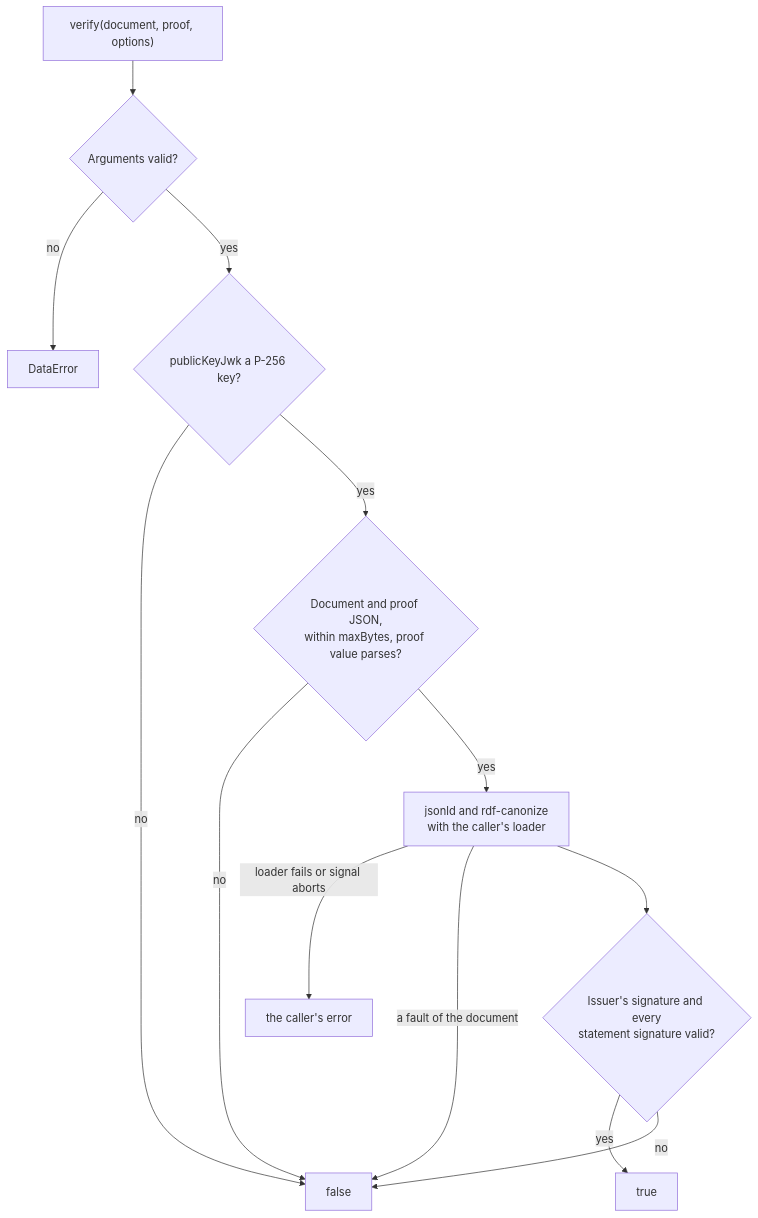
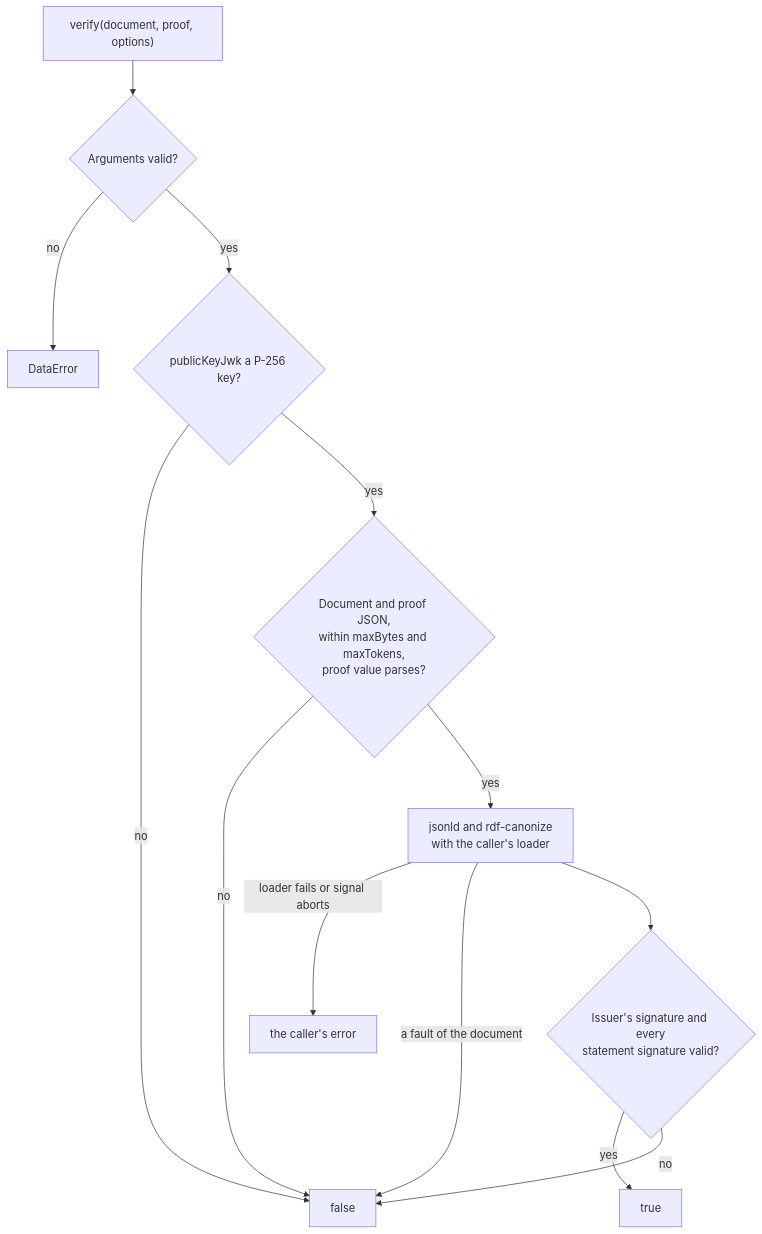
One commit to interopkit/interopkit changed the third of 3 diagrams in docs/selective-disclosure/architecture.md. Above: the diagram before and after it, drawn with Mermaid. The commit also changed 18 other files, not shown here.

First line of the commit message:
Bound the work of the JSON-LD processors in selective-disclosure with maxTokens and a fixed count of deep iterations

````diff
--- a/docs/selective-disclosure/architecture.md
+++ b/docs/selective-disclosure/architecture.md
@@ -92,15 +92,15 @@
 ```mermaid
 flowchart TD
   start["verify(document, proof, options)"] --> args{"Arguments valid?"}
   args -- no --> throw["DataError"]
   args -- yes --> key{"publicKeyJwk a P-256 key?"}
   key -- no --> no["false"]
-  key -- yes --> read{"Document and proof JSON,<br/>within maxBytes, proof value parses?"}
+  key -- yes --> read{"Document and proof JSON,<br/>within maxBytes and maxTokens,<br/>proof value parses?"}
   read -- no --> no
   read -- yes --> proc["jsonld and rdf-canonize<br/>with the caller's loader"]
   proc -- "loader fails or signal aborts" --> rethrow["the caller's error"]
   proc -- "a fault of the document" --> no
   proc --> sig{"Issuer's signature and every<br/>statement signature valid?"}
   sig -- yes --> yes["true"]
   sig -- no --> no
 ```
````
